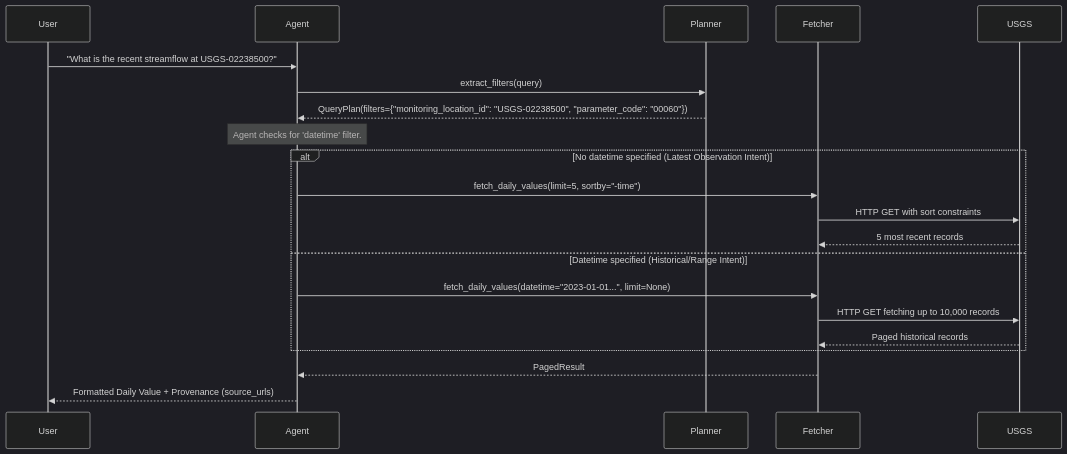
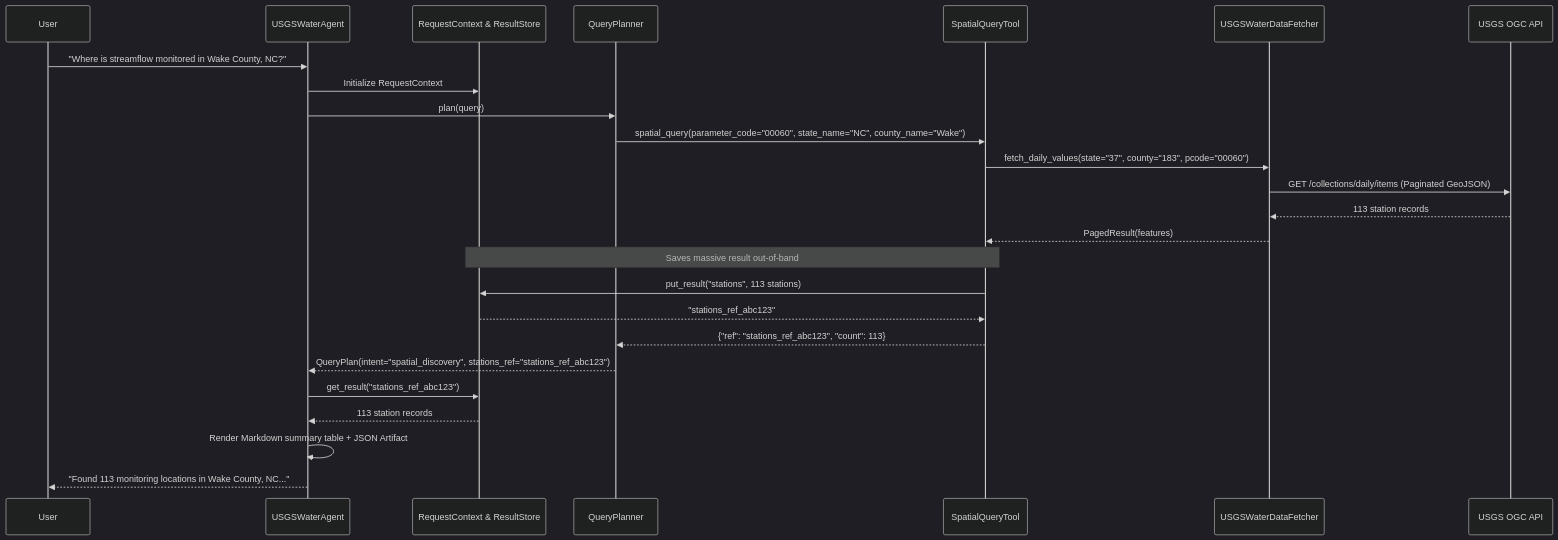
The third of 3 diagrams in architecture_and_data_flow.md (anisanazim/USGS_Water_Agent), drawn with Mermaid (dark theme) before and after one commit. The commit also changed other lines of this file, not shown here.

Commit message:
docs: update architecture and data flow specification to v2.0

````diff
--- a/architecture_and_data_flow.md
+++ b/architecture_and_data_flow.md
@@ -105,27 +148,32 @@
 ```mermaid
 sequenceDiagram
-    participant User
-    participant Agent
-    participant Planner
-    participant Fetcher
-    participant USGS
+    participant User as User
+    participant Agent as USGSWaterAgent
+    participant Store as RequestContext & ResultStore
+    participant Planner as QueryPlanner
+    participant Tool as SpatialQueryTool
+    participant Fetcher as USGSWaterDataFetcher
+    participant USGS as USGS OGC API
 
-    User->>Agent: "What is the recent streamflow at USGS-02238500?"
-    Agent->>Planner: extract_filters(query)
-    Planner-->>Agent: QueryPlan(filters={"monitoring_location_id": "USGS-02238500", "parameter_code": "00060"})
+    User->>Agent: "Where is streamflow monitored in Wake County, NC?"
+    Agent->>Store: Initialize RequestContext
+    Agent->>Planner: plan(query)
     
-    Note over Agent: Agent checks for 'datetime' filter.
-    
-    alt No datetime specified (Latest Observation Intent)
-        Agent->>Fetcher: fetch_daily_values(limit=5, sortby="-time")
-        Fetcher->>USGS: HTTP GET with sort constraints
-        USGS-->>Fetcher: 5 most recent records
-    else Datetime specified (Historical/Range Intent)
-        Agent->>Fetcher: fetch_daily_values(datetime="2023-01-01...", limit=None)
-        Fetcher->>USGS: HTTP GET fetching up to 10,000 records
-        USGS-->>Fetcher: Paged historical records
-    end
-    
-    Fetcher-->>Agent: PagedResult
-    Agent-->>User: Formatted Daily Value + Provenance (source_urls)
+    Planner->>Tool: spatial_query(parameter_code="00060", state_name="NC", county_name="Wake")
+    Tool->>Fetcher: fetch_daily_values(state="37", county="183", pcode="00060")
+    Fetcher->>USGS: GET /collections/daily/items (Paginated GeoJSON)
+    USGS-->>Fetcher: 113 station records
+    Fetcher-->>Tool: PagedResult(features)
+
+    Note over Tool, Store: Saves massive result out-of-band
+    Tool->>Store: put_result("stations", 113 stations)
+    Store-->>Tool: "stations_ref_abc123"
+    Tool-->>Planner: {"ref": "stations_ref_abc123", "count": 113}
+
+    Planner-->>Agent: QueryPlan(intent="spatial_discovery", stations_ref="stations_ref_abc123")
+    Agent->>Store: get_result("stations_ref_abc123")
+    Store-->>Agent: 113 station records
+
+    Agent->>Agent: Render Markdown summary table + JSON Artifact
+    Agent-->>User: "Found 113 monitoring locations in Wake County, NC..."
 ```
````
